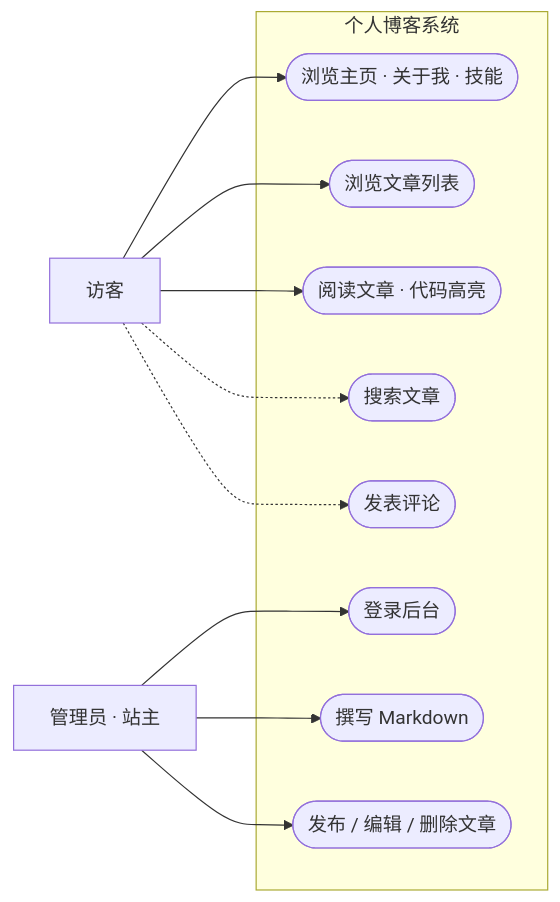
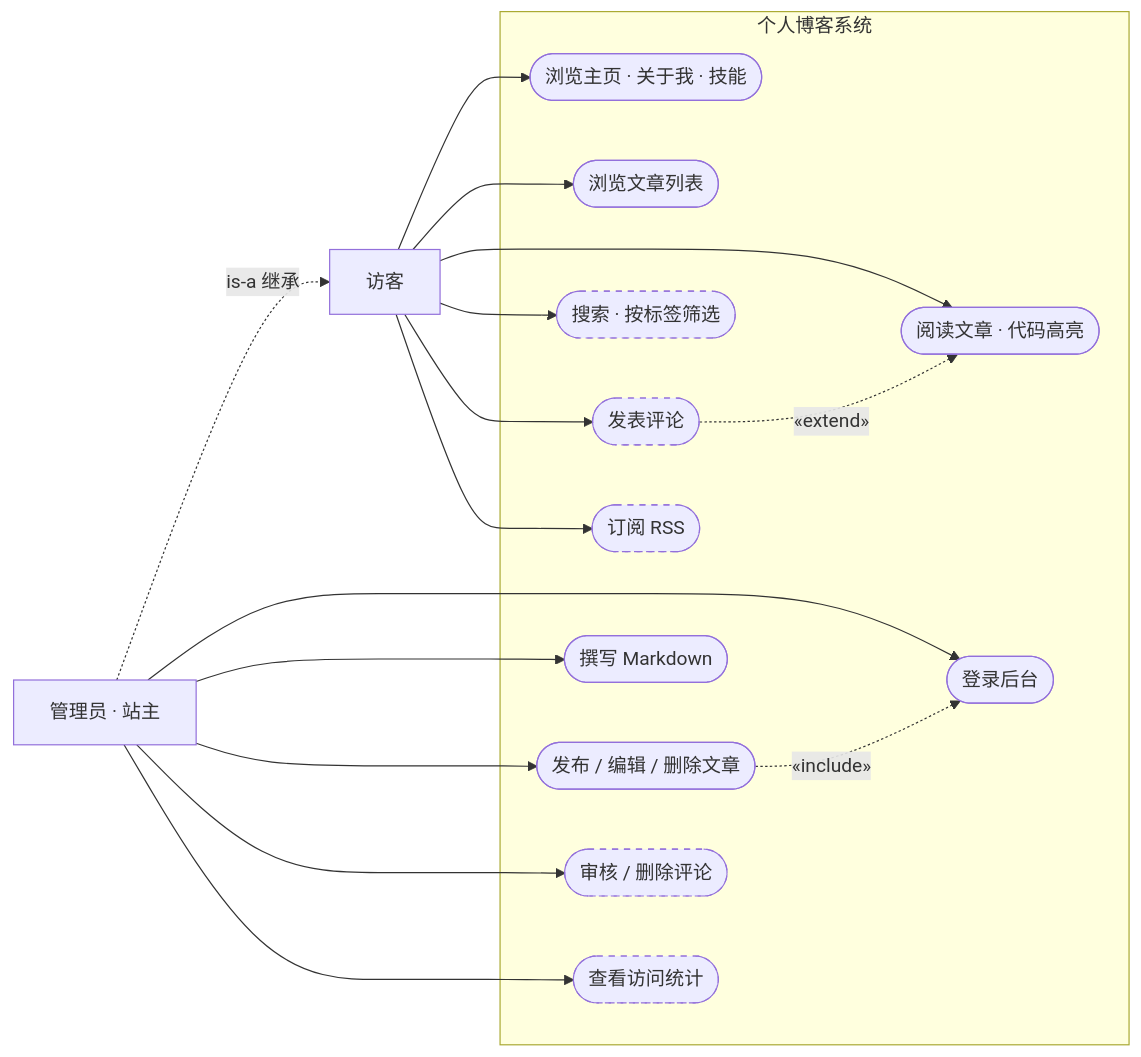
Before and after one commit to cy2414693598/my-website: the first of 2 diagrams in docs/REQUIREMENTS.md, drawn with Mermaid. The commit also changed other lines of this file, not shown here.

Commit message:
docs: 用例图升级——补齐 V2 用例、增加 include/extend/继承关系、V2 改虚线边框

````diff
--- a/docs/REQUIREMENTS.md
+++ b/docs/REQUIREMENTS.md
@@ -37,25 +37,32 @@
 ```mermaid
 flowchart LR
     Visitor["访客"]
     Admin["管理员 · 站主"]
 
+    Admin -.->|"is-a 继承"| Visitor
+
     subgraph Blog["个人博客系统"]
         UC1(["浏览主页 · 关于我 · 技能"])
         UC2(["浏览文章列表"])
         UC3(["阅读文章 · 代码高亮"])
-        UC4(["搜索文章"])
+        UC4(["搜索 · 按标签筛选"])
         UC5(["发表评论"])
+        UC9(["订阅 RSS"])
         UC6(["登录后台"])
         UC7(["撰写 Markdown"])
         UC8(["发布 / 编辑 / 删除文章"])
+        UC10(["审核 / 删除评论"])
+        UC11(["查看访问统计"])
     end
 
-    Visitor --> UC1
-    Visitor --> UC2
-    Visitor --> UC3
-    Visitor -.-> UC4
-    Visitor -.-> UC5
-    Admin --> UC6
-    Admin --> UC7
-    Admin --> UC8
+    classDef v2 stroke-dasharray: 5 5
+    class UC4,UC5,UC9,UC10,UC11 v2
+
+    Visitor --> UC1 & UC2 & UC3
+    Visitor --> UC4 & UC5 & UC9
+    Admin --> UC6 & UC7 & UC8
+    Admin --> UC10 & UC11
+
+    UC8 -.->|«include»| UC6
+    UC5 -.->|«extend»| UC3
 ```
````
